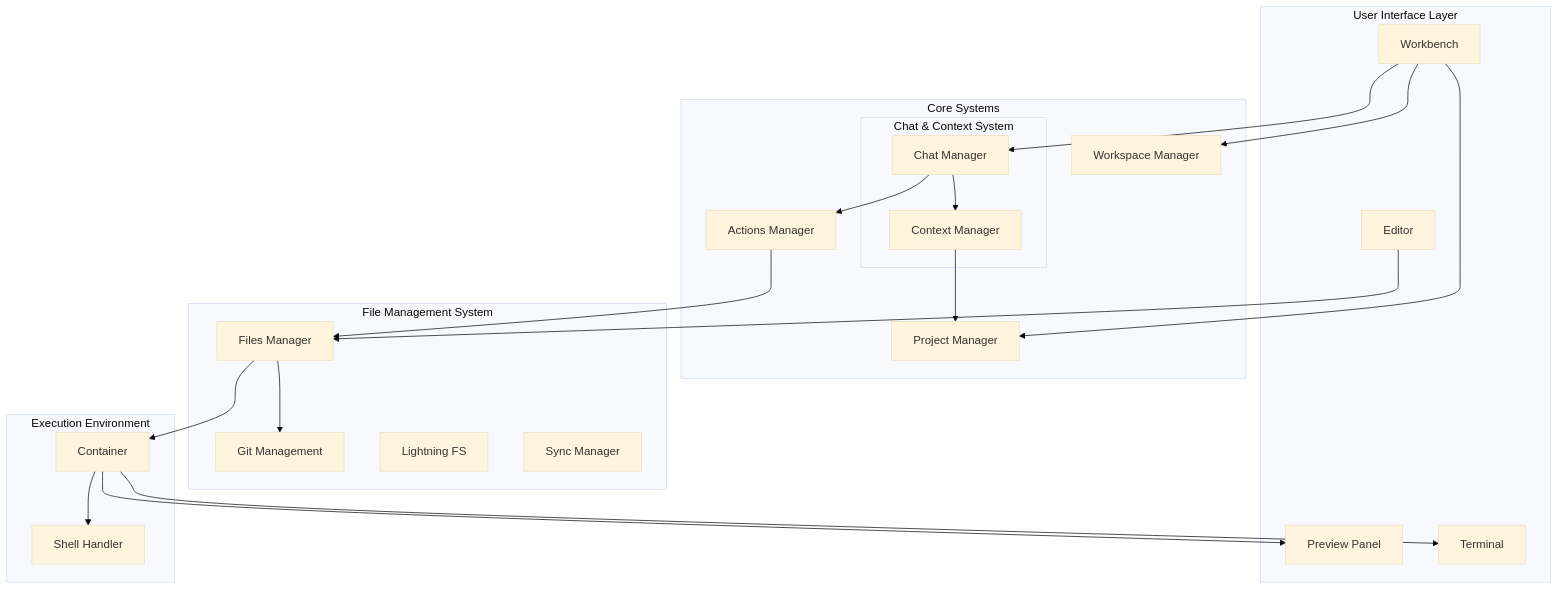
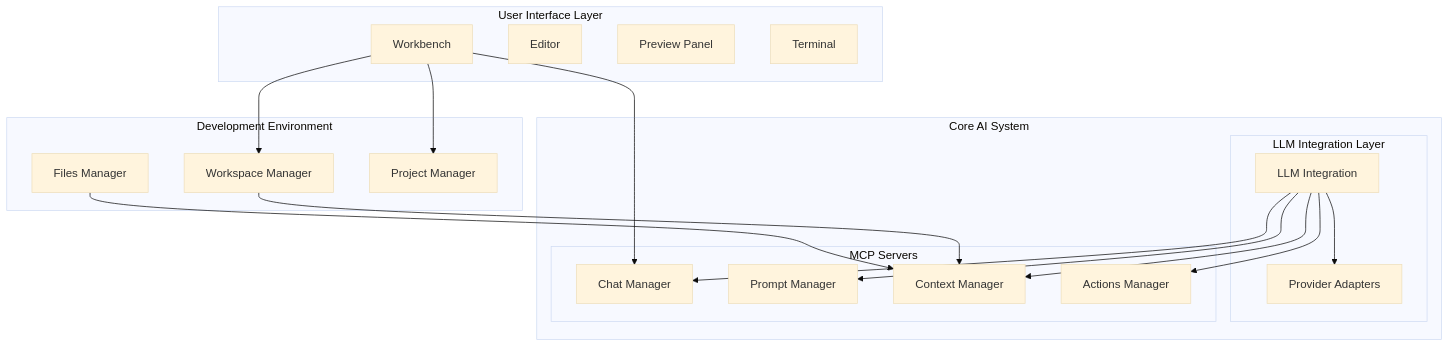
One commit to mrsimpson/piddie changed the first of 4 diagrams in docs/arc42-architecture.md. Above: the diagram before and after it, drawn with Mermaid (base theme). The commit also changed other lines of this file and 5 other files, not shown here.

Commit message:
docs: MCP integration

````diff
--- a/docs/arc42-architecture.md
+++ b/docs/arc42-architecture.md
@@ -53,50 +53,42 @@
 ```mermaid
 graph TD
     subgraph "User Interface Layer"
         UI[Workbench]
         ED[Editor]
         PV[Preview Panel]
         TR[Terminal]
     end
 
-    subgraph "Core Systems"
-        subgraph "Chat & Context System"
+    subgraph "Core AI System"
+        subgraph "LLM Integration Layer"
+            LLMI[LLM Integration]
+            PA[Provider Adapters]
+        end
+
+        subgraph "MCP Servers"
             CHM[Chat Manager]
+            PM[Prompt Manager]
             CM[Context Manager]
+            AM[Actions Manager]
         end
-        PM[Prompt Manager]
-        AM[Actions Manager]
-        WM[Workspace Manager]
-        PM[Project Manager]
     end
 
-    subgraph "File Management System"
+    subgraph "Development Environment"
         FM[Files Manager]
-        GIT[Git Management]
-        LS[Lightning FS]
-        SW[Sync Manager]
-    end
-
-    subgraph "Execution Environment"
-        WC[Container]
-        SH[Shell Handler]
+        WM[Workspace Manager]
+        PJM[Project Manager]
     end
 
     UI --> CHM
     UI --> WM
-    UI --> PM
-    ED --> FM
+    UI --> PJM
 
-    CHM --> CM
-    CM --> PM
-    CHM --> AM
-    AM --> FM
+    LLMI --> CHM
+    LLMI --> PM
+    LLMI --> CM
+    LLMI --> AM
+    LLMI --> PA
 
-    FM --> WC
-    FM --> GIT
-
-    WC --> SH
-    WC --> PV
-    WC --> TR
-
+    FM --> CM
+    WM --> CM
 ```
````
